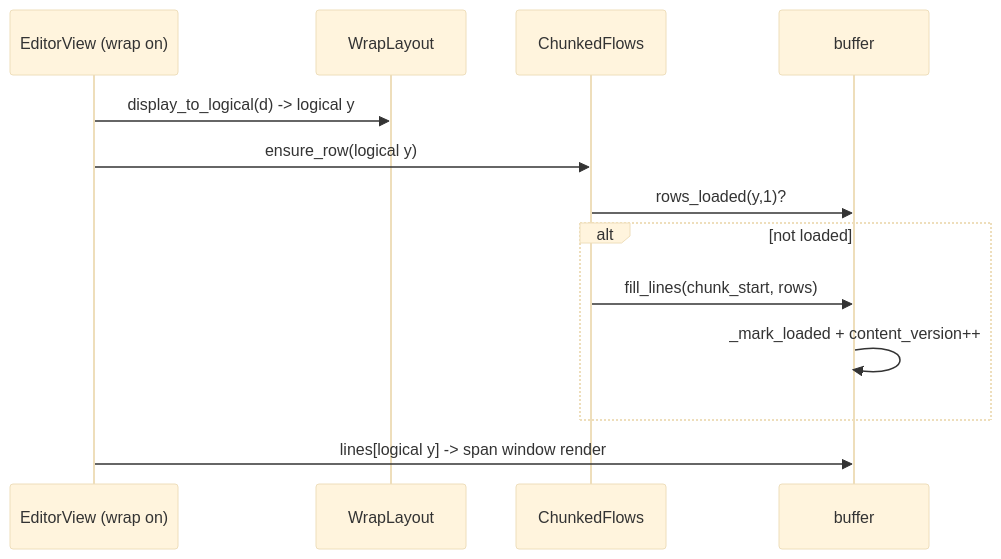
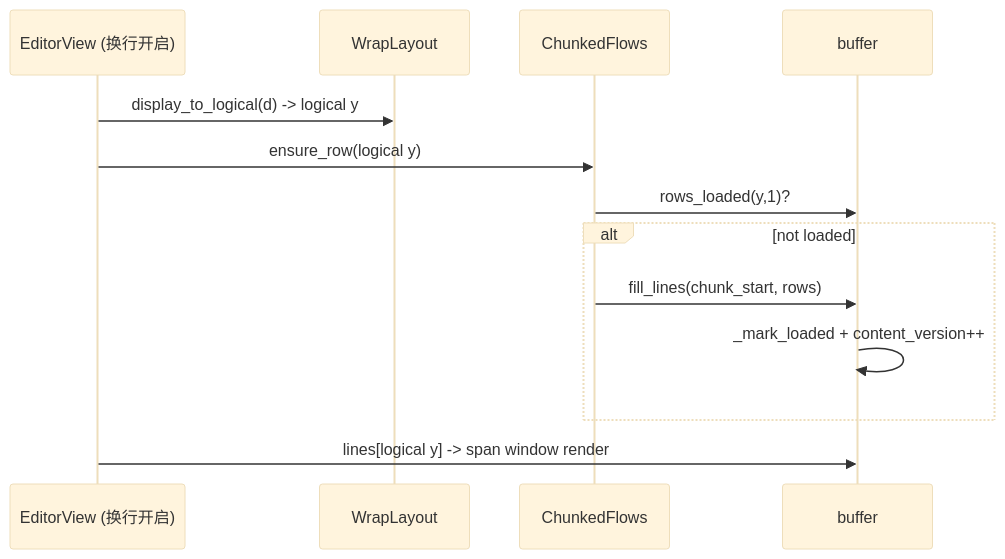
One commit to BigThxBrigde/yate changed the diagram in .trae/documents/soft-wrap-plans/soft-wrap-robustness-plan-e.md. Above: the diagram before and after it, drawn with Mermaid (base theme). The commit also changed other lines of this file and 79 other files, not shown here.

````diff
--- a/.trae/documents/soft-wrap-plans/soft-wrap-robustness-plan-e.md
+++ b/.trae/documents/soft-wrap-plans/soft-wrap-robustness-plan-e.md
@@ -89,15 +87,15 @@
 ```mermaid
 sequenceDiagram
-  participant V as EditorView (wrap on)
+  participant V as EditorView (换行开启)
   participant W as WrapLayout
   participant F as ChunkedFlows
   participant B as buffer
   V->>W: display_to_logical(d) -> logical y
   V->>F: ensure_row(logical y)
   F->>B: rows_loaded(y,1)?
   alt not loaded
     F->>B: fill_lines(chunk_start, rows)
     B->>B: _mark_loaded + content_version++
   end
   V->>B: lines[logical y] -> span window render
 ```
````
